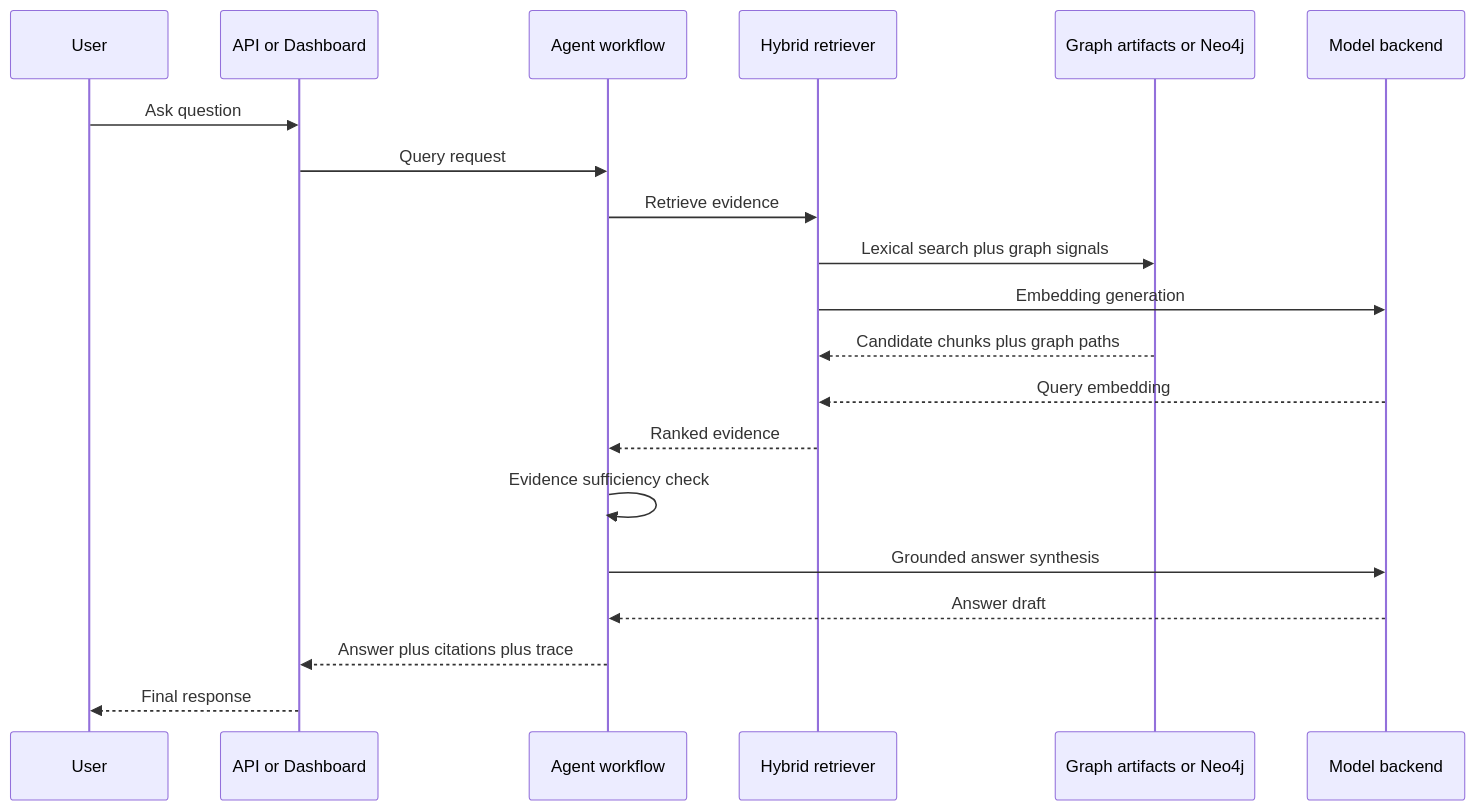
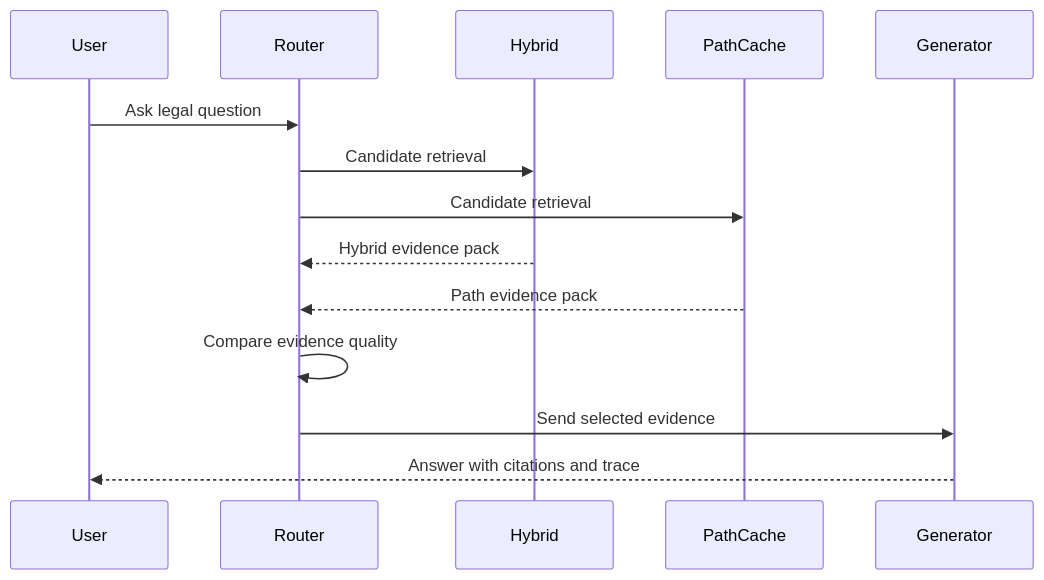
The third of 4 diagrams in README.md (Mehulupase01/GraphRAG-Engine-Knowledge-Graph-Agentic-Retrieval-with-Neo4j-LangGraph), drawn with Mermaid before and after one commit. The commit also changed other lines of this file and 9 other files, not shown here.

First line of the commit message:
Introduce PathCacheRAG docs and UI updates

````diff
--- a/README.md
+++ b/README.md
@@ -292,23 +215,17 @@
 ```mermaid
 sequenceDiagram
     participant U as User
-    participant UI as API or Dashboard
-    participant A as Agent workflow
-    participant R as Hybrid retriever
-    participant G as Graph artifacts or Neo4j
-    participant M as Model backend
+    participant R as Router
+    participant H as Hybrid
+    participant P as PathCache
+    participant G as Generator
 
-    U->>UI: Ask question
-    UI->>A: Query request
-    A->>R: Retrieve evidence
-    R->>G: Lexical search plus graph signals
-    R->>M: Embedding generation
-    G-->>R: Candidate chunks plus graph paths
-    M-->>R: Query embedding
-    R-->>A: Ranked evidence
-    A->>A: Evidence sufficiency check
-    A->>M: Grounded answer synthesis
-    M-->>A: Answer draft
-    A-->>UI: Answer plus citations plus trace
-    UI-->>U: Final response
+    U->>R: Ask legal question
+    R->>H: Candidate retrieval
+    R->>P: Candidate retrieval
+    H-->>R: Hybrid evidence pack
+    P-->>R: Path evidence pack
+    R->>R: Compare evidence quality
+    R->>G: Send selected evidence
+    G-->>U: Answer with citations and trace
 ```
````
